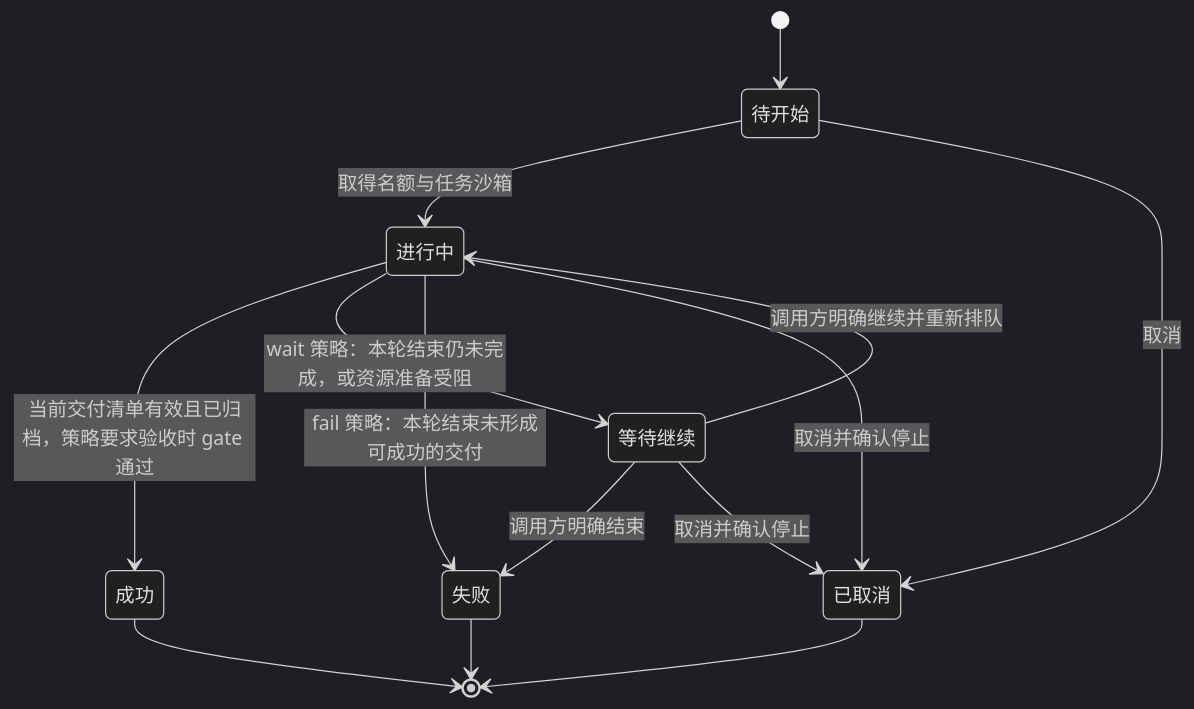
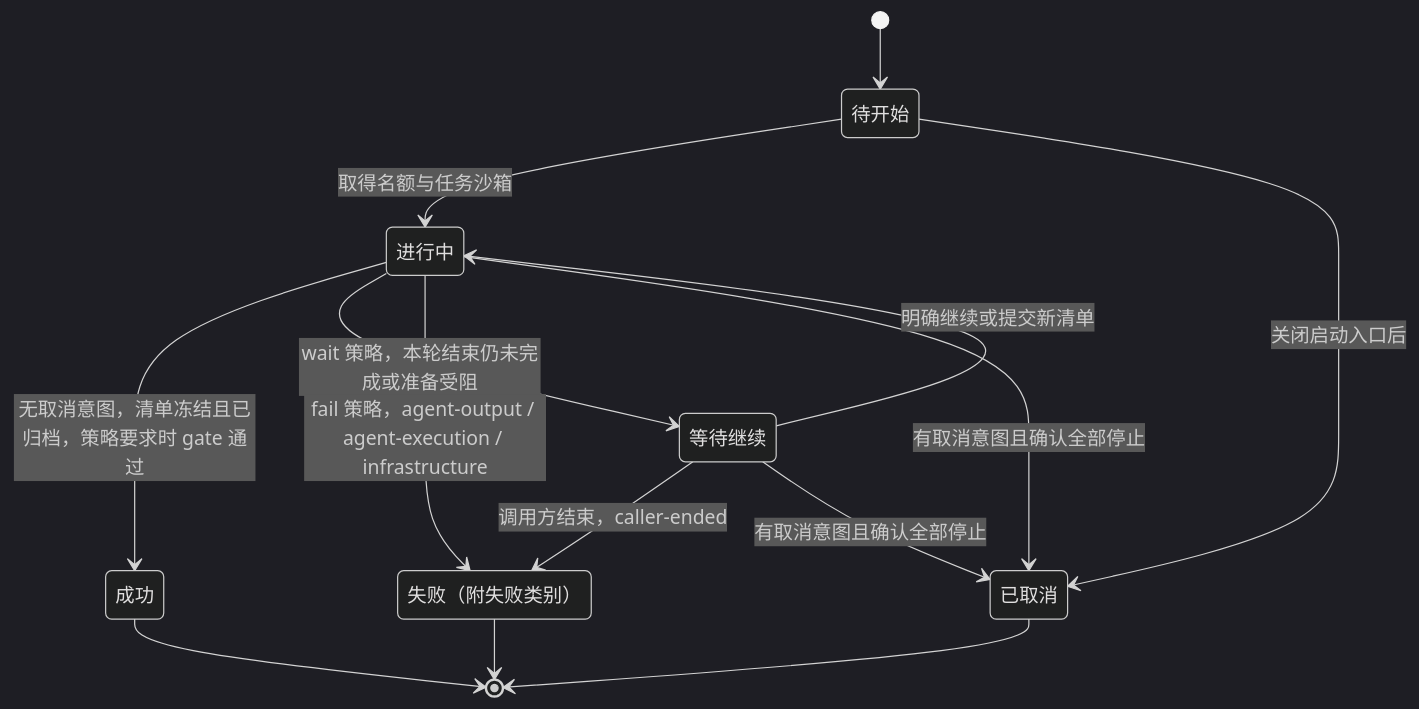
The diagram in docs/assets/r1-taskrun-states.mmd (MaybeLL/Ground), drawn with Mermaid (dark theme) before and after one commit. The commit also changed 19 other files, not shown here.

```diff
--- a/docs/assets/r1-taskrun-states.mmd
+++ b/docs/assets/r1-taskrun-states.mmd
@@ -1,20 +1,20 @@
 stateDiagram-v2
   state "待开始" as Q
   state "进行中" as P
   state "等待继续" as W
   state "成功" as S
-  state "失败" as F
+  state "失败（附失败类别）" as F
   state "已取消" as X
   [*] --> Q
   Q --> P: 取得名额与任务沙箱
-  P --> S: 当前交付清单有效且已归档，策略要求验收时 gate 通过
-  P --> W: wait 策略：本轮结束仍未完成，或资源准备受阻
-  P --> F: fail 策略：本轮结束未形成可成功的交付
-  W --> P: 调用方明确继续并重新排队
-  W --> F: 调用方明确结束
-  Q --> X: 取消
-  P --> X: 取消并确认停止
-  W --> X: 取消并确认停止
+  P --> S: 无取消意图，清单冻结且已归档，策略要求时 gate 通过
+  P --> W: wait 策略，本轮结束仍未完成或准备受阻
+  P --> F: fail 策略，agent-output / agent-execution / infrastructure
+  W --> P: 明确继续或提交新清单
+  W --> F: 调用方结束，caller-ended
+  Q --> X: 关闭启动入口后
+  P --> X: 有取消意图且确认全部停止
+  W --> X: 有取消意图且确认全部停止
   S --> [*]
   F --> [*]
   X --> [*]
```
